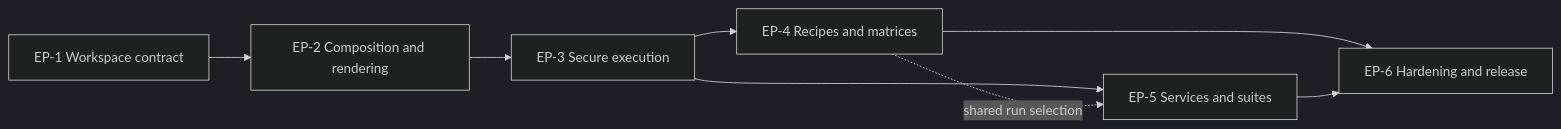
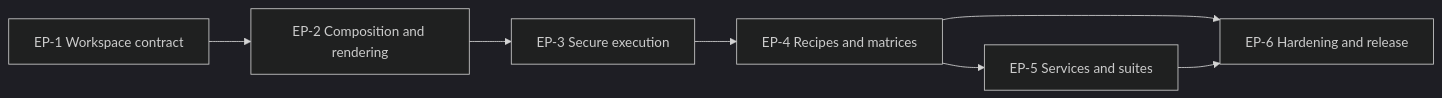
Before and after one commit to shinzui/hurl-workbench: the diagram in docs/masterplans/1-build-hurl-workbench-for-reusable-api-workflows.md, drawn with Mermaid (dark theme). The commit also changed other lines of this file and 6 other files, not shown here.

````diff
--- a/docs/masterplans/1-build-hurl-workbench-for-reusable-api-workflows.md
+++ b/docs/masterplans/1-build-hurl-workbench-for-reusable-api-workflows.md
@@ -107,10 +128,9 @@
 ```mermaid
 flowchart LR
     EP1[EP-1 Workspace contract] --> EP2[EP-2 Composition and rendering]
     EP2 --> EP3[EP-3 Secure execution]
     EP3 --> EP4[EP-4 Recipes and matrices]
-    EP3 --> EP5[EP-5 Services and suites]
-    EP4 -. shared run selection .-> EP5
+    EP4 --> EP5[EP-5 Services and suites]
     EP4 --> EP6[EP-6 Hardening and release]
     EP5 --> EP6
 ```
````
